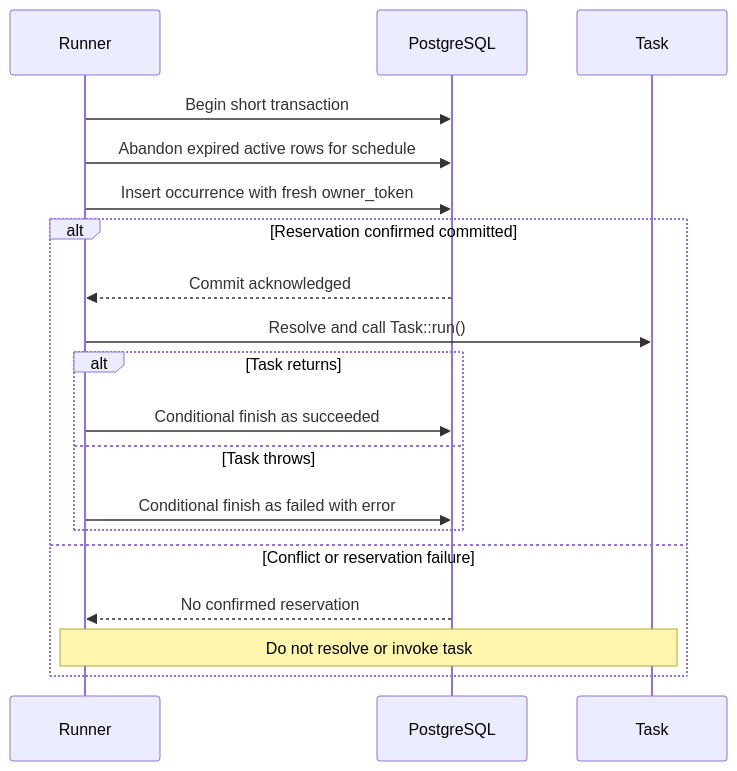
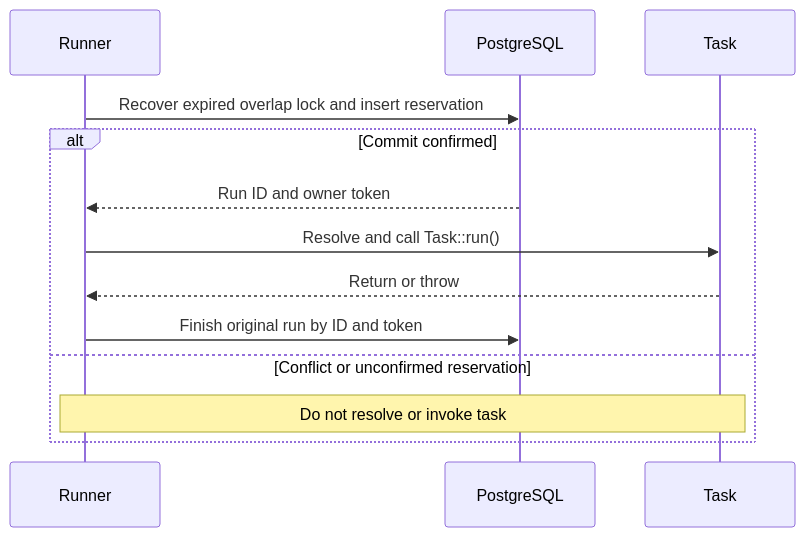
The diagram in docs/execution/coordination.md (pupitooo/emorfiq-adapter), drawn with Mermaid before and after one commit. The commit also changed other lines of this file and 18 other files, not shown here.

Commit message:
Define fixed lock expiry and late task completion (#18)

````diff
--- a/docs/execution/coordination.md
+++ b/docs/execution/coordination.md
@@ -79,21 +25,15 @@
 ```mermaid
 sequenceDiagram
     participant R as Runner
     participant DB as PostgreSQL
     participant T as Task
-    R->>DB: Begin short transaction
-    R->>DB: Abandon expired active rows for schedule
-    R->>DB: Insert occurrence with fresh owner_token
-    alt Reservation confirmed committed
-        DB-->>R: Commit acknowledged
+    R->>DB: Recover expired overlap lock and insert reservation
+    alt Commit confirmed
+        DB-->>R: Run ID and owner token
         R->>T: Resolve and call Task::run()
-        alt Task returns
-            R->>DB: Conditional finish as succeeded
-        else Task throws
-            R->>DB: Conditional finish as failed with error
-        end
-    else Conflict or reservation failure
-        DB-->>R: No confirmed reservation
+        T-->>R: Return or throw
+        R->>DB: Finish original run by ID and token
+    else Conflict or unconfirmed reservation
         Note over R,T: Do not resolve or invoke task
     end
 ```
````
